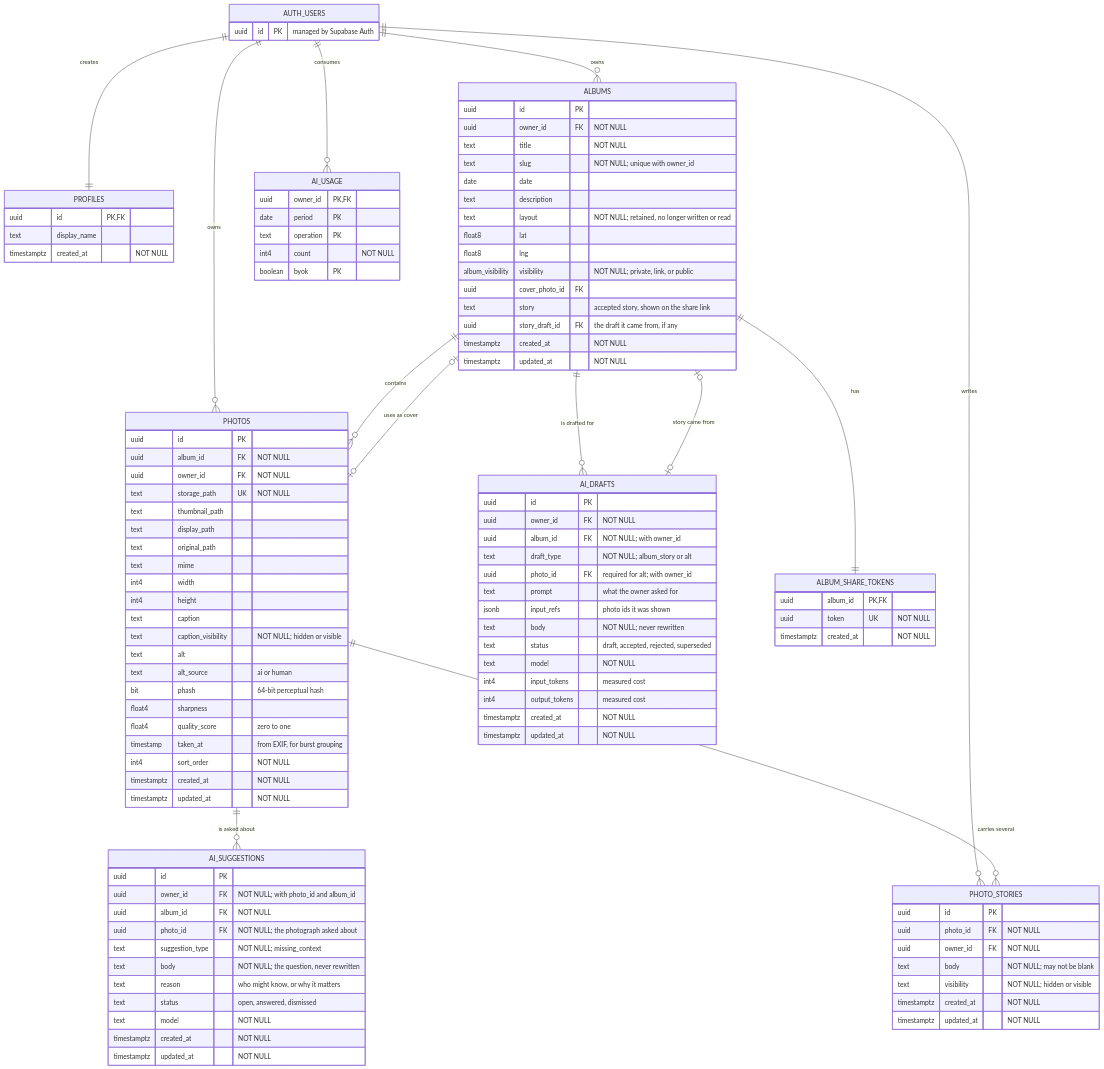
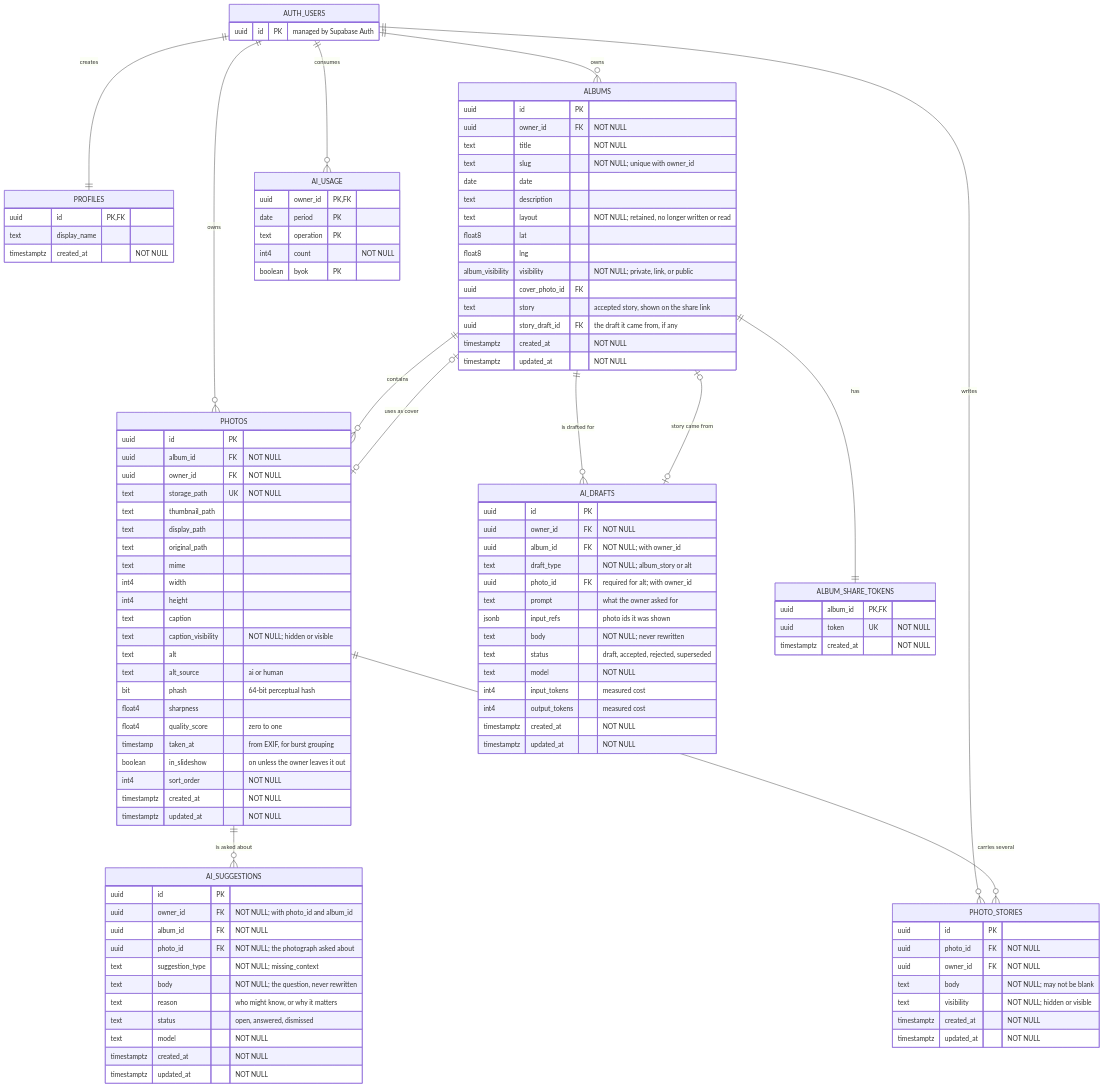
The second of 3 diagrams in docs/project-structure.md (Elizabeth1979/albums-studio), drawn with Mermaid before and after one commit. The commit also changed 24 other files, not shown here.

```diff
--- a/docs/project-structure.md
+++ b/docs/project-structure.md
@@ -213,6 +213,7 @@
         float4 sharpness
         float4 quality_score "zero to one"
         timestamp taken_at "from EXIF, for burst grouping"
+        boolean in_slideshow "on unless the owner leaves it out"
         int4 sort_order "NOT NULL"
         timestamptz created_at "NOT NULL"
         timestamptz updated_at "NOT NULL"
```
